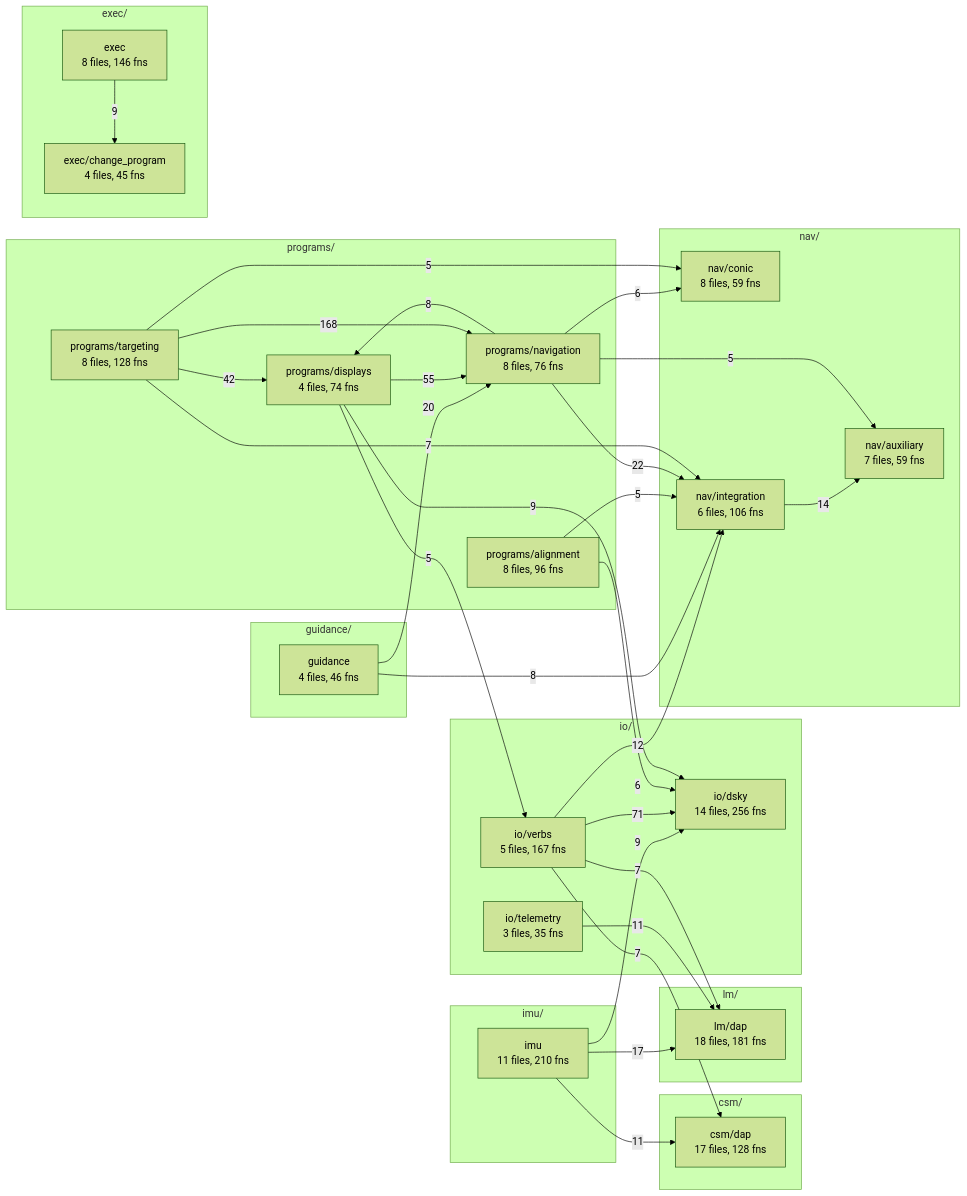
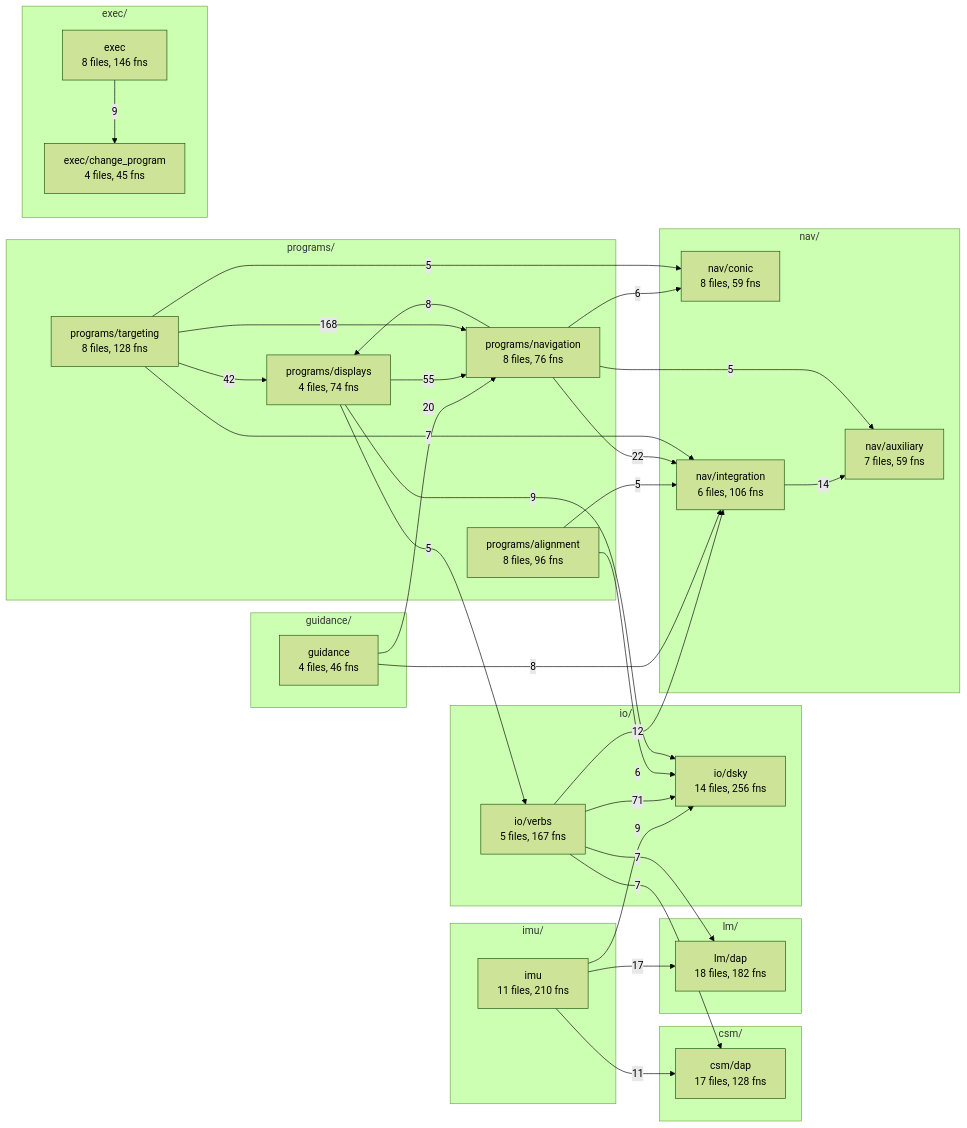
The fifth of 5 diagrams in docs/overview/README.md (bobjoe400/apollo-c), drawn with Mermaid (forest theme) before and after one commit. The commit also changed other lines of this file and 47 other files, not shown here.

````diff
--- a/docs/overview/README.md
+++ b/docs/overview/README.md
@@ -527,60 +527,58 @@
 ```mermaid
 flowchart LR
     subgraph csm_layer["csm/"]
         csm_dap["csm/dap<br/>17 files, 128 fns"]
     end
     subgraph lm_layer["lm/"]
-        lm_dap["lm/dap<br/>18 files, 181 fns"]
+        lm_dap["lm/dap<br/>18 files, 182 fns"]
     end
     subgraph programs_layer["programs/"]
         programs_alignment["programs/alignment<br/>8 files, 96 fns"]
         programs_displays["programs/displays<br/>4 files, 74 fns"]
         programs_navigation["programs/navigation<br/>8 files, 76 fns"]
         programs_targeting["programs/targeting<br/>8 files, 128 fns"]
     end
     subgraph guidance_layer["guidance/"]
         guidance["guidance<br/>4 files, 46 fns"]
     end
     subgraph io_layer["io/"]
         io_dsky["io/dsky<br/>14 files, 256 fns"]
-        io_telemetry["io/telemetry<br/>3 files, 35 fns"]
         io_verbs["io/verbs<br/>5 files, 167 fns"]
     end
     subgraph imu_layer["imu/"]
         imu["imu<br/>11 files, 210 fns"]
     end
     subgraph nav_layer["nav/"]
         nav_auxiliary["nav/auxiliary<br/>7 files, 59 fns"]
         nav_conic["nav/conic<br/>8 files, 59 fns"]
         nav_integration["nav/integration<br/>6 files, 106 fns"]
     end
     subgraph exec_layer["exec/"]
         exec["exec<br/>8 files, 146 fns"]
         exec_change_program["exec/change_program<br/>4 files, 45 fns"]
     end
     exec -->|9| exec_change_program
     guidance -->|8| nav_integration
     guidance -->|20| programs_navigation
     imu -->|11| csm_dap
     imu -->|9| io_dsky
     imu -->|17| lm_dap
-    io_telemetry -->|11| lm_dap
     io_verbs -->|7| csm_dap
     io_verbs -->|71| io_dsky
     io_verbs -->|7| lm_dap
     io_verbs -->|12| nav_integration
     nav_integration -->|14| nav_auxiliary
     programs_alignment -->|6| io_dsky
     programs_alignment -->|5| nav_integration
     programs_displays -->|9| io_dsky
     programs_displays -->|5| io_verbs
     programs_displays -->|55| programs_navigation
     programs_navigation -->|5| nav_auxiliary
     programs_navigation -->|6| nav_conic
     programs_navigation -->|22| nav_integration
     programs_navigation -->|8| programs_displays
     programs_targeting -->|5| nav_conic
     programs_targeting -->|7| nav_integration
     programs_targeting -->|42| programs_displays
     programs_targeting -->|168| programs_navigation
 ```
````
